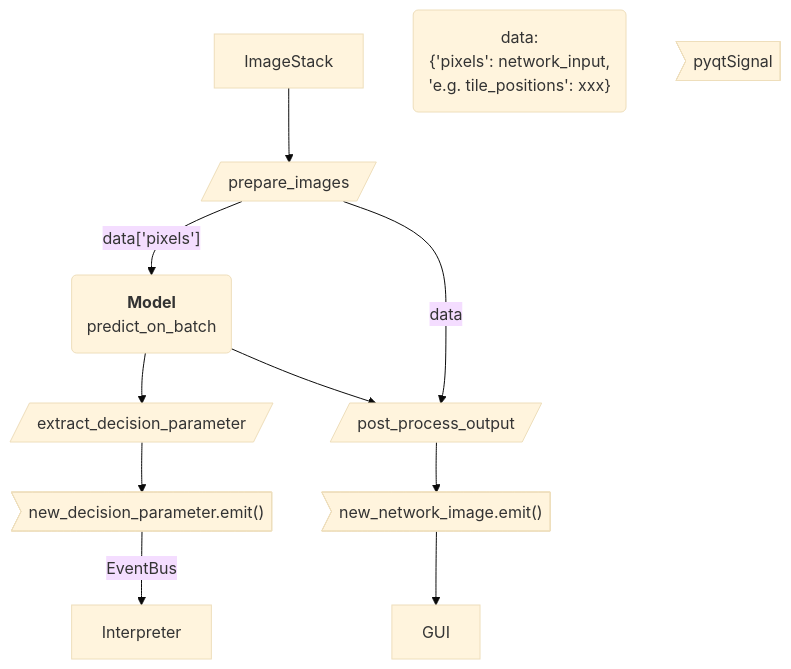
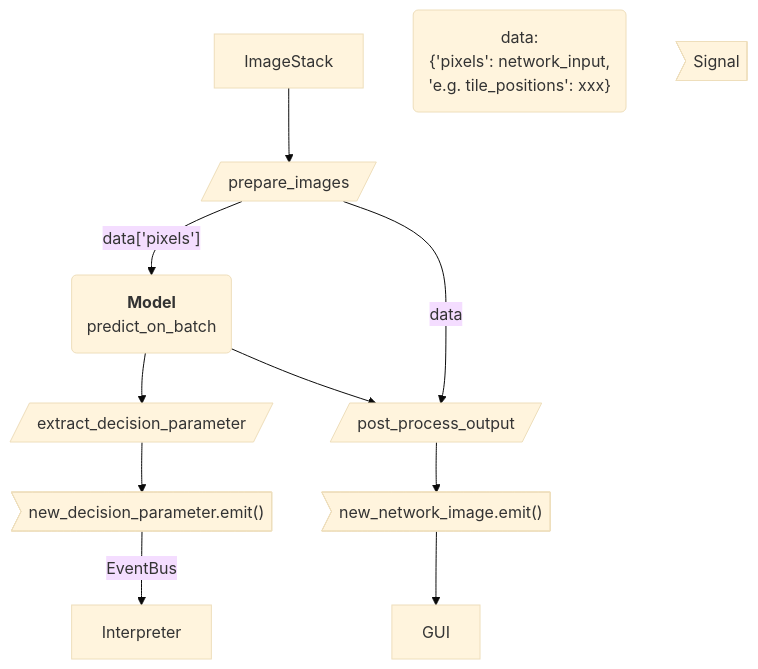
Before and after one commit to LEB-EPFL/eda_plugin: the second of 2 diagrams in docs/source/custom_networks.rst, drawn with Mermaid (base theme). The commit also changed 17 other files, not shown here.

```diff
--- a/docs/source/custom_networks.rst
+++ b/docs/source/custom_networks.rst
@@ -33,11 +33,11 @@
 .. mermaid::
 
     flowchart TB
         ImageStack --> prep[/prepare_images/] -- "data['pixels']" --> Inference
         data("data:<br> {'pixels': network_input,<br> 'e.g. tile_positions': xxx}")
-        event>pyqtSignal]
+        event>Signal]
         Inference --> extr[/extract_decision_parameter/] -->   ev1>"new_decision_parameter.emit()"]
         --EventBus --> Interpreter
         Inference --> post[/post_process_output/] --> ev2>"new_network_image.emit()"] --> GUI
         Inference(<b>Model</b><br>predict_on_batch)
         prep -- data --> post
```
